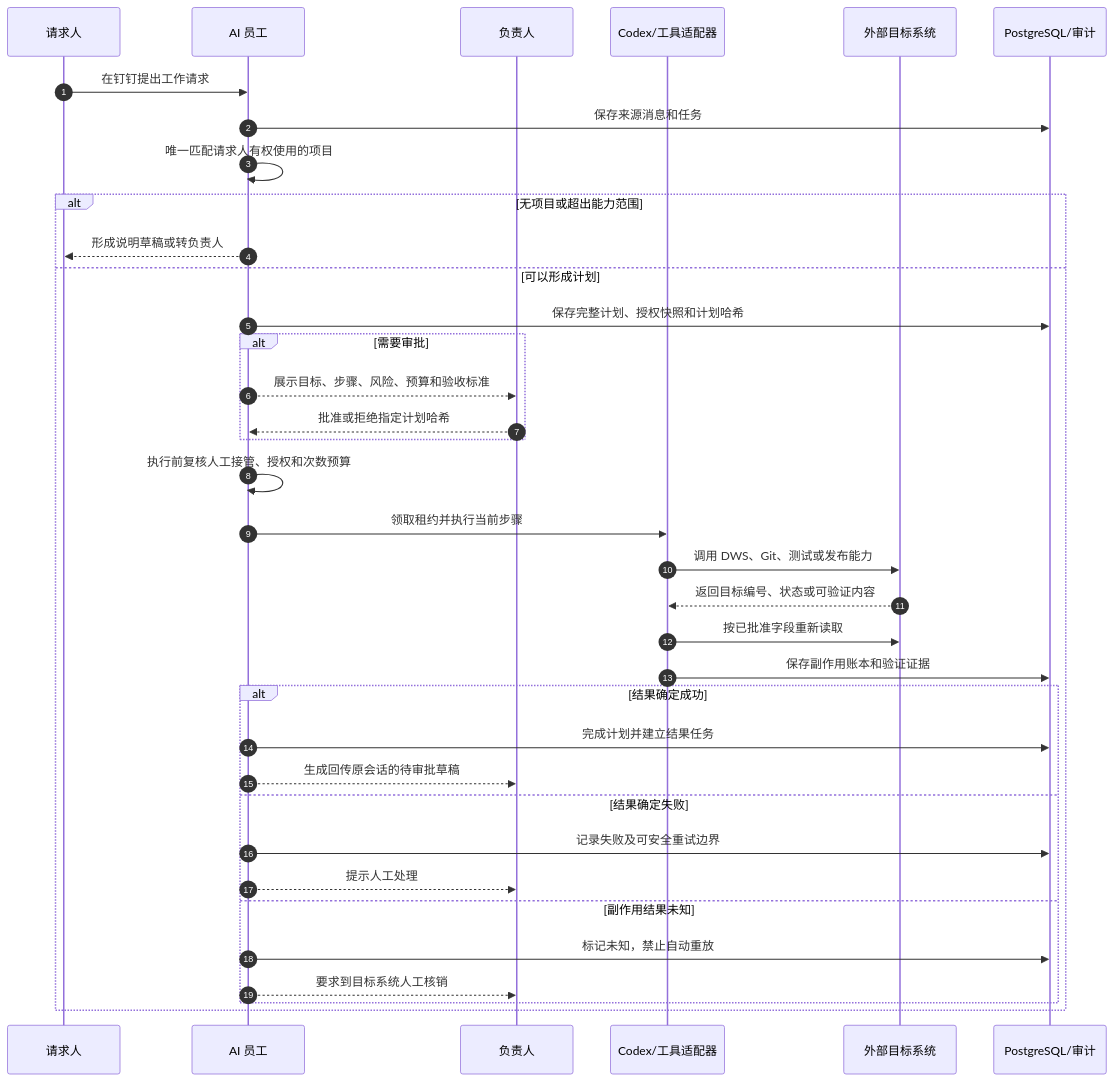
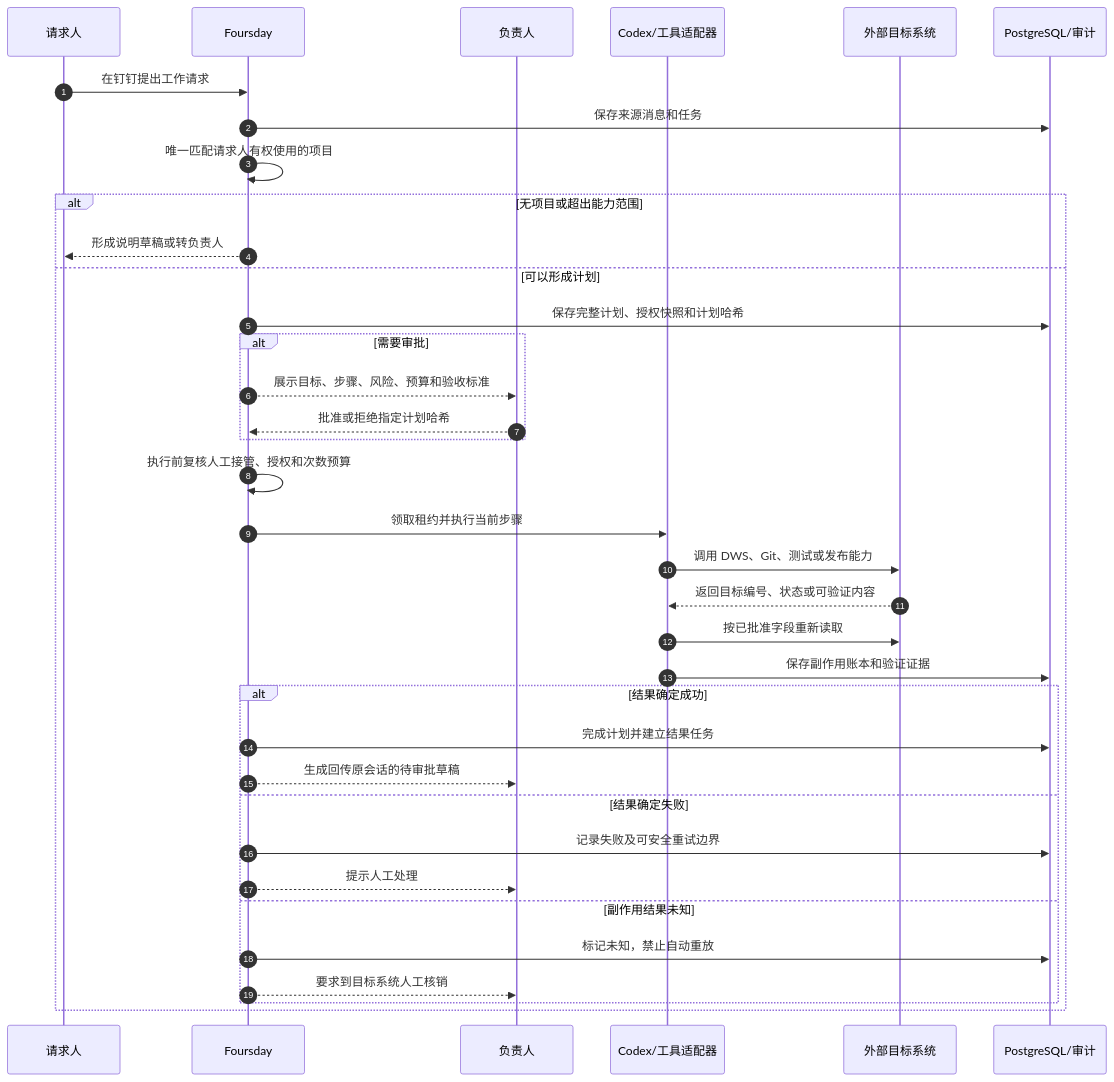
Before and after one commit to ruiwang20010702/ai-employee: the fourth of 5 diagrams in docs/技术设计文档.md, drawn with Mermaid. The commit also changed other lines of this file and 96 other files, not shown here.

````diff
--- a/docs/技术设计文档.md
+++ b/docs/技术设计文档.md
@@ -206,39 +206,39 @@
 ```mermaid
 sequenceDiagram
     autonumber
     participant U as 请求人
-    participant A as AI 员工
+    participant A as Foursday
     participant O as 负责人
     participant C as Codex/工具适配器
     participant X as 外部目标系统
     participant DB as PostgreSQL/审计
 
     U->>A: 在钉钉提出工作请求
     A->>DB: 保存来源消息和任务
     A->>A: 唯一匹配请求人有权使用的项目
     alt 无项目或超出能力范围
         A-->>U: 形成说明草稿或转负责人
     else 可以形成计划
         A->>DB: 保存完整计划、授权快照和计划哈希
         alt 需要审批
             A-->>O: 展示目标、步骤、风险、预算和验收标准
             O-->>A: 批准或拒绝指定计划哈希
         end
         A->>A: 执行前复核人工接管、授权和次数预算
         A->>C: 领取租约并执行当前步骤
         C->>X: 调用 DWS、Git、测试或发布能力
         X-->>C: 返回目标编号、状态或可验证内容
         C->>X: 按已批准字段重新读取
         C->>DB: 保存副作用账本和验证证据
         alt 结果确定成功
             A->>DB: 完成计划并建立结果任务
             A-->>O: 生成回传原会话的待审批草稿
         else 结果确定失败
             A->>DB: 记录失败及可安全重试边界
             A-->>O: 提示人工处理
         else 副作用结果未知
             A->>DB: 标记未知，禁止自动重放
             A-->>O: 要求到目标系统人工核销
         end
     end
 ```
````
